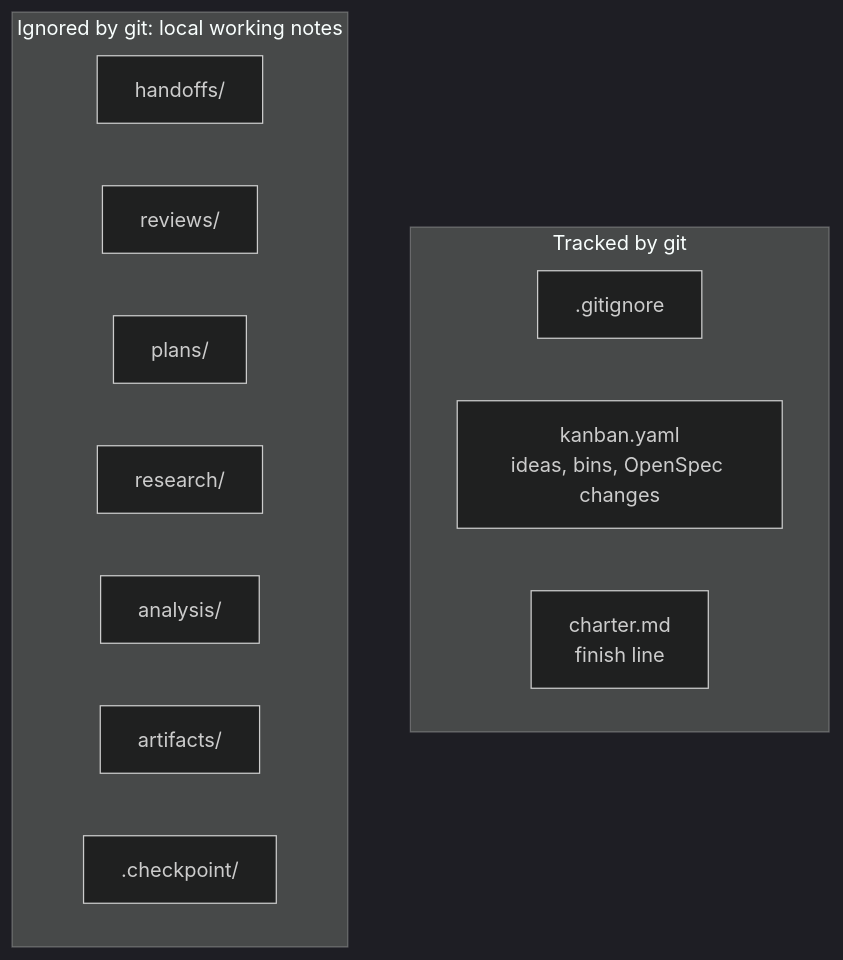
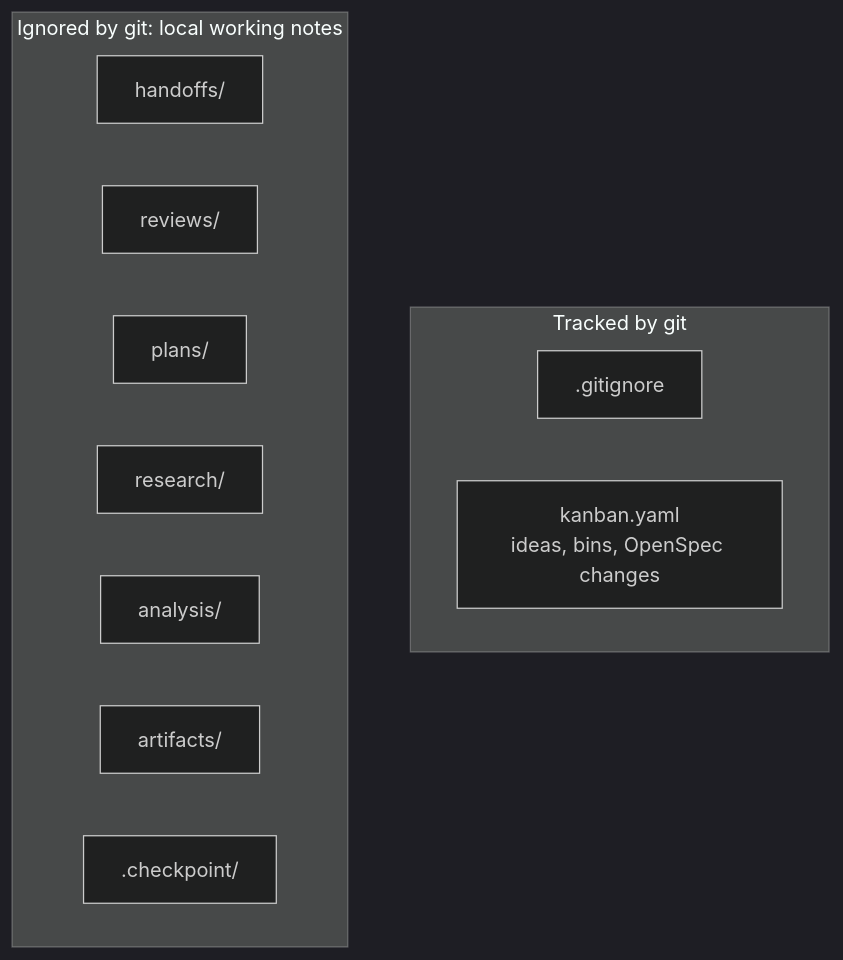
Before and after one commit to sdevikar/sdlc-tools: the fourth of 11 diagrams in devflow/README.md, drawn with Mermaid (dark theme). The commit also changed other lines of this file and 13 other files, not shown here.

First line of the commit message:
feat(devflow): replace the charter with the playbook's intent.md

````diff
--- a/devflow/README.md
+++ b/devflow/README.md
@@ -137,17 +137,16 @@
 ```mermaid
 flowchart TB
     subgraph T["Tracked by git"]
         GI[".gitignore"]
         KB["kanban.yaml<br/>ideas, bins, OpenSpec changes"]
-        CHT["charter.md<br/>finish line"]
     end
     subgraph I["Ignored by git: local working notes"]
         H["handoffs/"]
         RV["reviews/"]
         PL["plans/"]
         RS["research/"]
         AN["analysis/"]
         AR["artifacts/"]
         CK[".checkpoint/"]
     end
 ```
````
